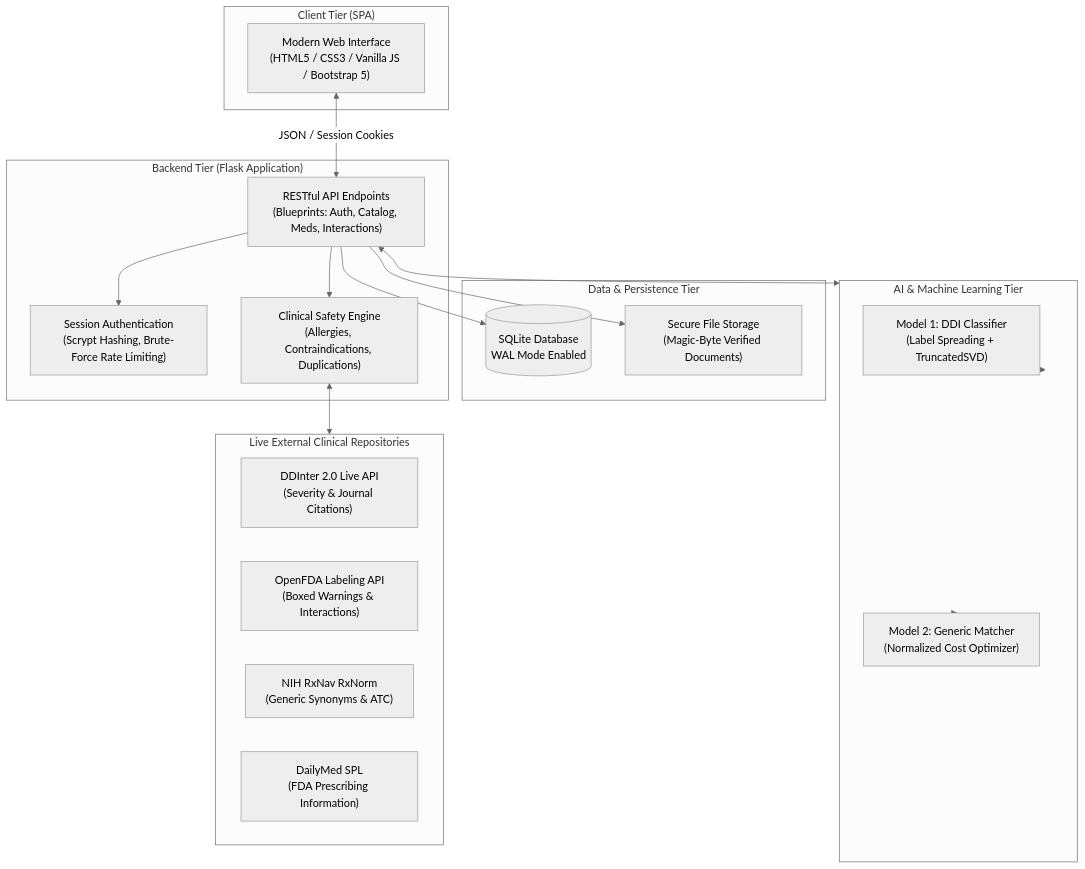
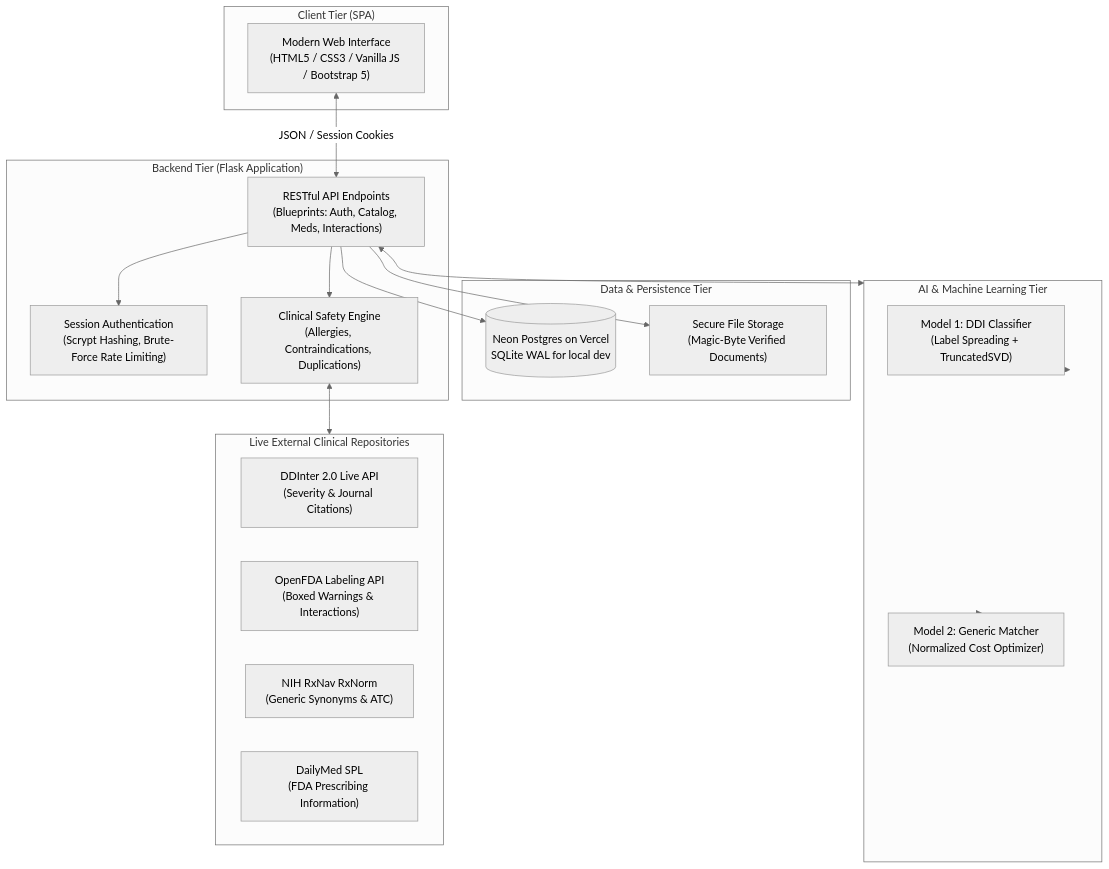
The diagram in README.md (pretomsid/medisafe), drawn with Mermaid (neutral theme) before and after one commit. The commit also changed other lines of this file, not shown here.

Commit message:
README: document Neon Postgres as the production database

````diff
--- a/README.md
+++ b/README.md
@@ -62,39 +62,39 @@
 ```mermaid
 flowchart TD
     subgraph Client["Client Tier (SPA)"]
         UI["Modern Web Interface\n(HTML5 / CSS3 / Vanilla JS / Bootstrap 5)"]
     end
 
     subgraph Server["Backend Tier (Flask Application)"]
         Router["RESTful API Endpoints\n(Blueprints: Auth, Catalog, Meds, Interactions)"]
         Auth["Session Authentication\n(Scrypt Hashing, Brute-Force Rate Limiting)"]
         SafetyEngine["Clinical Safety Engine\n(Allergies, Contraindications, Duplications)"]
     end
 
     subgraph DataTier["Data & Persistence Tier"]
-        DB[(SQLite Database\nWAL Mode Enabled)]
+        DB[(Neon Postgres on Vercel\nSQLite WAL for local dev)]
         Uploads["Secure File Storage\n(Magic-Byte Verified Documents)"]
     end
 
     subgraph AIEngine["AI & Machine Learning Tier"]
         Model1["Model 1: DDI Classifier\n(Label Spreading + TruncatedSVD)"]
         Model2["Model 2: Generic Matcher\n(Normalized Cost Optimizer)"]
     end
 
     subgraph LiveAPIs["Live External Clinical Repositories"]
         DDInter["DDInter 2.0 Live API\n(Severity & Journal Citations)"]
         OpenFDA["OpenFDA Labeling API\n(Boxed Warnings & Interactions)"]
         RxNav["NIH RxNav RxNorm\n(Generic Synonyms & ATC)"]
         DailyMed["DailyMed SPL\n(FDA Prescribing Information)"]
     end
 
     UI <-->|JSON / Session Cookies| Router
     Router --> Auth
     Router --> SafetyEngine
     Router --> DB
     Router --> Uploads
     Router <--> AIEngine
     AIEngine --> Model1
     AIEngine --> Model2
     SafetyEngine <--> LiveAPIs
 ```
````
